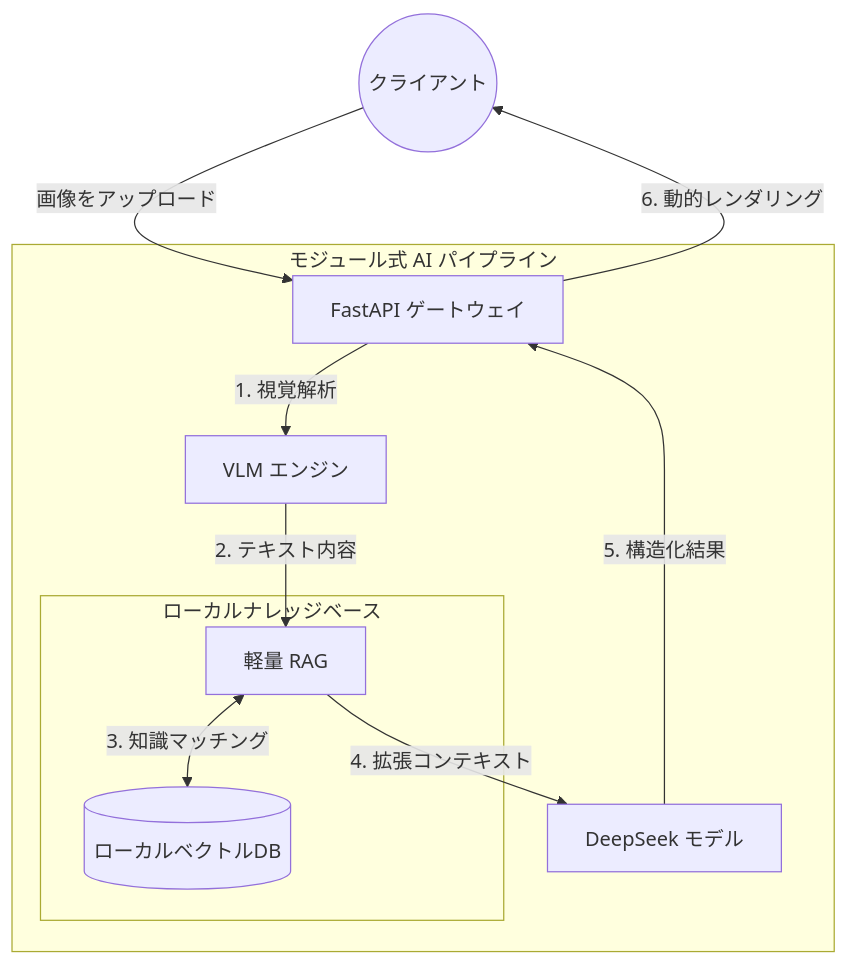
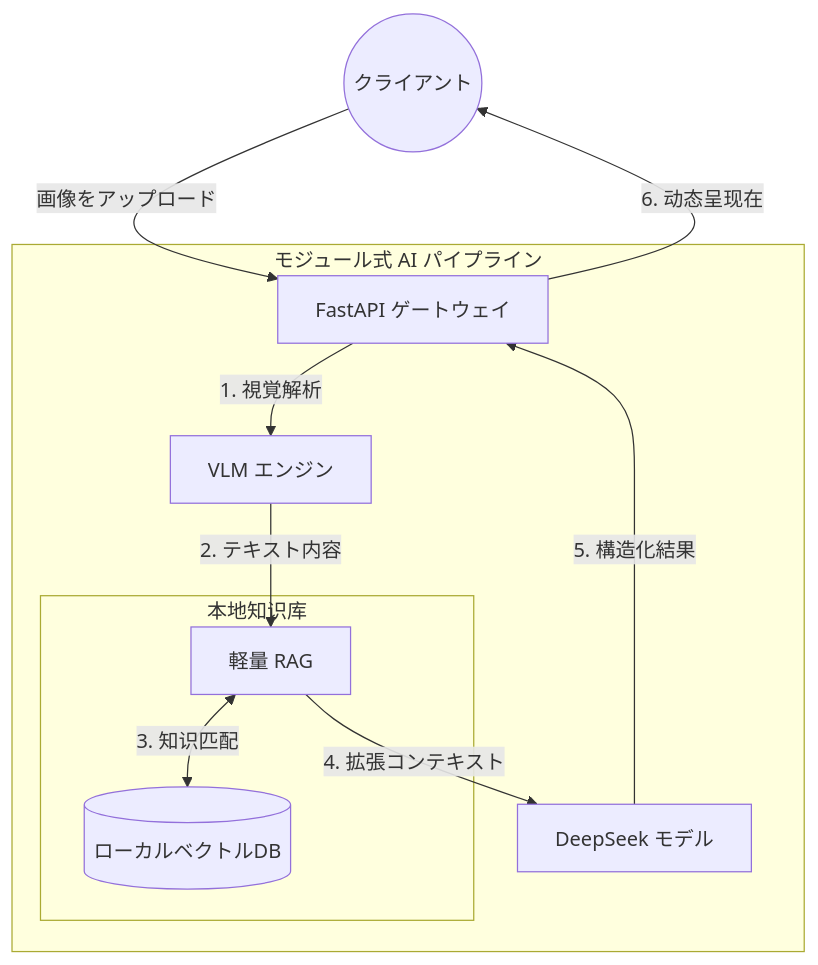
One commit to KardeniaPoyu/MiniRAGuard changed the diagram in README_ja.md. Above: the diagram before and after it, drawn with Mermaid. The commit also changed other lines of this file and 74 other files, not shown here.

````diff
--- a/README_ja.md
+++ b/README_ja.md
@@ -80,18 +121,18 @@
 ```mermaid
 graph TD
     User((クライアント)) -->|画像をアップロード| API_Gateway[FastAPI ゲートウェイ]
     
     subgraph モジュール式 AI パイプライン
         API_Gateway -->|1. 視覚解析| VL[VLM エンジン]
         VL -->|2. テキスト内容| RAG_Engine[軽量 RAG]
         
-        subgraph ローカルナレッジベース
-            RAG_Engine <-->|3. 知識マッチング| VectorDB[(ローカルベクトルDB)]
+        subgraph 本地知识库
+            RAG_Engine <-->|3. 知识匹配| VectorDB[(ローカルベクトルDB)]
         end
         
         RAG_Engine -->|4. 拡張コンテキスト| LLM[DeepSeek モデル]
     end
     
     LLM -->|5. 構造化結果| API_Gateway
-    API_Gateway -->|6. 動的レンダリング| User
+    API_Gateway -->|6. 动态呈现在| User
 ```
````
